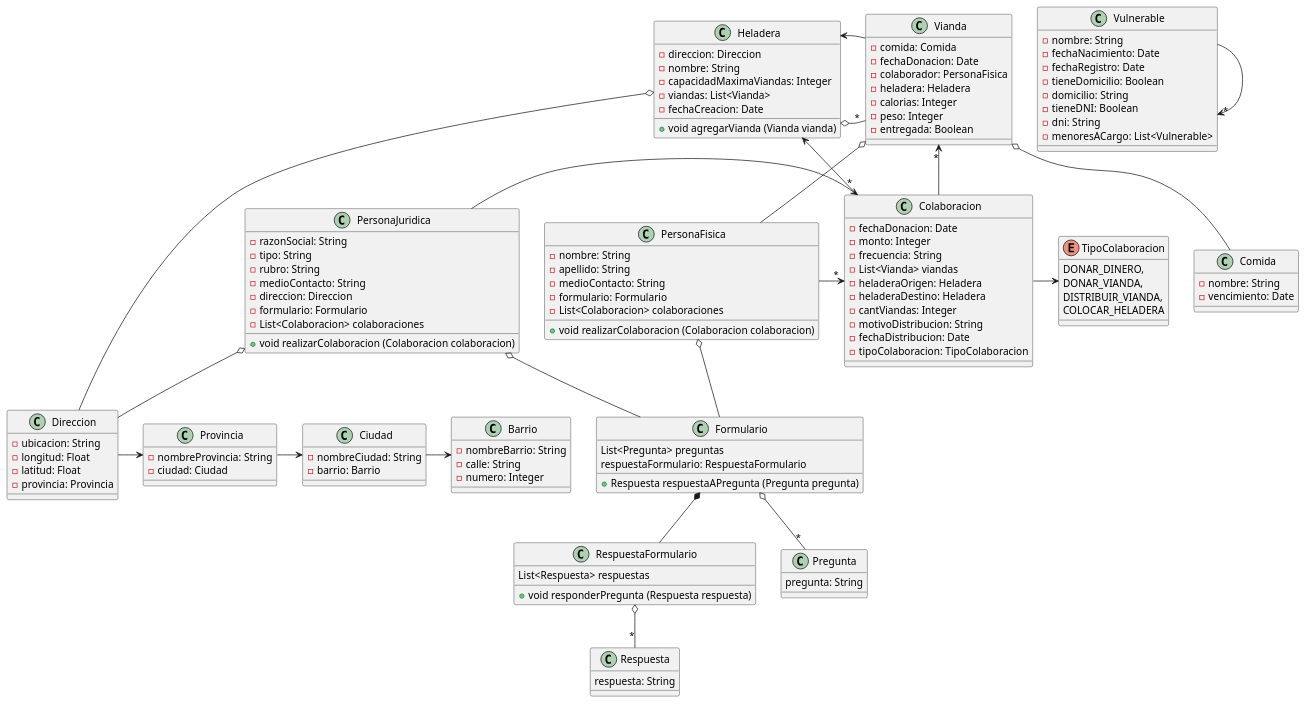
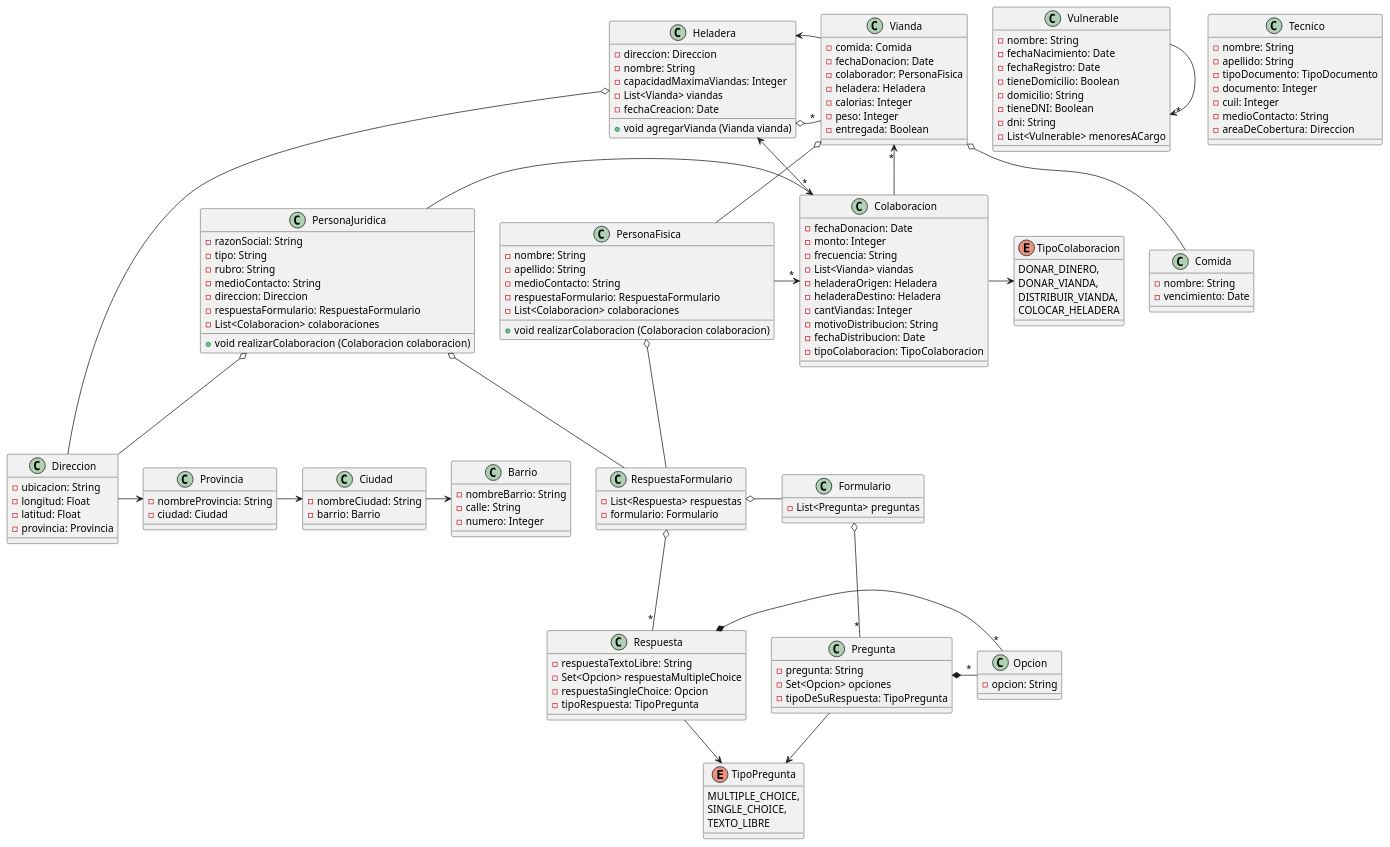
Before and after one commit to santymendez/tp-dds-2024: the diagram in diagrams/domain/diagrama-clases.puml, drawn with PlantUML. The commit also changed other lines of this file, not shown here.

Commit message:
mas correcciones

```diff
--- a/diagrams/domain/diagrama-clases.puml
+++ b/diagrams/domain/diagrama-clases.puml
@@ -1,151 +2,171 @@
 @startuml
 
 class Heladera {
     -direccion: Direccion
     -nombre: String
     -capacidadMaximaViandas: Integer
-    -viandas: List<Vianda>
+    -List<Vianda> viandas
     -fechaCreacion: Date
 
     +void agregarVianda (Vianda vianda)
 }
 
-'TODO''revisar la parte de ubicacion'
 class Direccion {
-    'habria q ver si esta bien lo de ubicacion'
     -ubicacion: String
     -longitud: Float
     -latitud: Float
     -provincia: Provincia
-
-    '+ detalleDireccion: String'
 }
 
 class Provincia {
     -nombreProvincia: String
     -ciudad: Ciudad
 }
 
 class Ciudad {
     -nombreCiudad: String
     -barrio: Barrio
 }
 
 class Barrio {
     -nombreBarrio: String
     -calle: String
     -numero: Integer
-    '-infoExtra: String tipo primer piso/casa/segundo a'
 }
 
 class Vianda {
     -comida: Comida
     -fechaDonacion: Date
     -colaborador: PersonaFisica
     -heladera: Heladera
     -calorias: Integer
     -peso: Integer
     -entregada: Boolean
 }
 
 class Comida {
     -nombre: String
     -vencimiento: Date
 }
 
 class Vulnerable {
     -nombre: String
     -fechaNacimiento: Date
     -fechaRegistro: Date
     -tieneDomicilio: Boolean
     -domicilio: String
     -tieneDNI: Boolean
     -dni: String
-    -menoresACargo: List<Vulnerable>
+    -List<Vulnerable> menoresACargo
 }
 
 class PersonaFisica {
     -nombre: String
     -apellido: String
     -medioContacto: String
-    -formulario: Formulario
+    -respuestaFormulario: RespuestaFormulario
     -List<Colaboracion> colaboraciones
 
     +void realizarColaboracion (Colaboracion colaboracion)
 }
 
 class PersonaJuridica {
     -razonSocial: String
     -tipo: String
     -rubro: String
     -medioContacto: String
     -direccion: Direccion
-    -formulario: Formulario
+    -respuestaFormulario: RespuestaFormulario
     -List<Colaboracion> colaboraciones
 
     +void realizarColaboracion (Colaboracion colaboracion)
 }
 
 class Colaboracion {
     -fechaDonacion: Date
     -monto: Integer
     -frecuencia: String
     -List<Vianda> viandas
     -heladeraOrigen: Heladera
     -heladeraDestino: Heladera
     -cantViandas: Integer
     -motivoDistribucion: String
     -fechaDistribucion: Date
     -tipoColaboracion: TipoColaboracion
 }
 
 class Formulario {
-    List<Pregunta> preguntas
-    respuestaFormulario: RespuestaFormulario
-
-    +Respuesta respuestaAPregunta (Pregunta pregunta)
+    -List<Pregunta> preguntas
 }
 
 class RespuestaFormulario {
-    List<Respuesta> respuestas
-
-    +void responderPregunta (Respuesta respuesta)
+    -List<Respuesta> respuestas
+    -formulario: Formulario
 }
 
 class Pregunta {
-    pregunta: String
+    -pregunta: String
+    -Set<Opcion> opciones
+    -tipoDeSuRespuesta: TipoPregunta
 }
 
 class Respuesta {
-    respuesta: String
+    -respuestaTextoLibre: String
+    -Set<Opcion> respuestaMultipleChoice
+    -respuestaSingleChoice: Opcion
+    -tipoRespuesta: TipoPregunta
+}
+
+class Opcion {
+    -opcion: String
+}
+
+enum TipoPregunta {
+    MULTIPLE_CHOICE,
+    SINGLE_CHOICE,
+    TEXTO_LIBRE
 }
 
 enum TipoColaboracion {
     DONAR_DINERO,
     DONAR_VIANDA,
     DISTRIBUIR_VIANDA,
     COLOCAR_HELADERA
+}
+
+class Tecnico {
+    -nombre: String
+    -apellido: String
+    -tipoDocumento: TipoDocumento
+    -documento: Integer
+    -cuil: Integer
+    -medioContacto: String
+    -areaDeCobertura: Direccion
 }
 
 Heladera o-"*" Vianda
 Vianda -> Heladera
 Colaboracion -> TipoColaboracion
 PersonaFisica ->"*" Colaboracion
 PersonaJuridica ->"*" Colaboracion
 Colaboracion ->"*" Vianda
 Colaboracion -> Heladera
 Vulnerable ->"*" Vulnerable
 Heladera o-- Direccion
-PersonaJuridica o-- Direccion
+PersonaJuridica o--- Direccion
 Vianda o-- Comida
 Vianda o-- PersonaFisica
-Formulario o--"*" Pregunta
-Formulario *-- RespuestaFormulario
+Formulario o---"*" Pregunta
 RespuestaFormulario o--"*" Respuesta
-PersonaFisica o-- Formulario
-PersonaJuridica o-- Formulario
+RespuestaFormulario o- Formulario
+PersonaFisica o--- RespuestaFormulario
+PersonaJuridica o--- RespuestaFormulario
+Respuesta *-"*" Opcion
+Pregunta *-"*" Opcion
+Pregunta --> TipoPregunta
+Respuesta -> TipoPregunta
 Direccion -> Provincia
 Provincia -> Ciudad
 Ciudad -> Barrio
 
 @enduml
```
